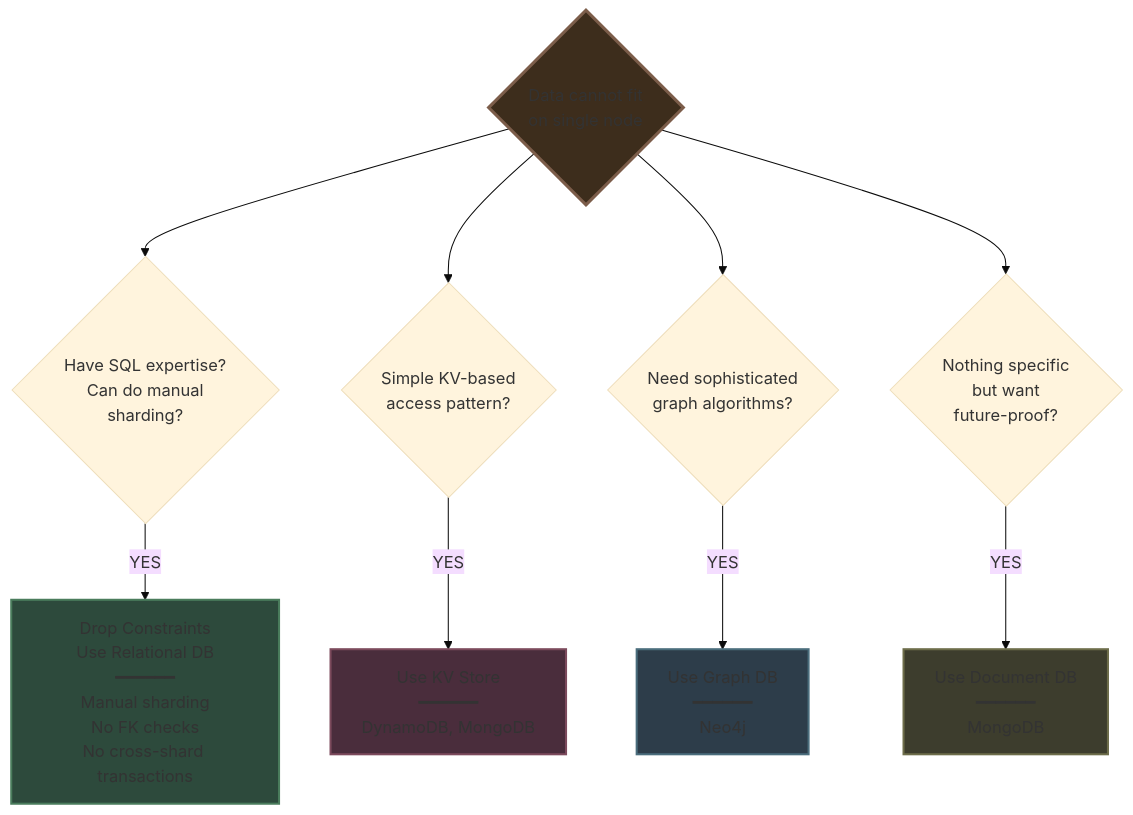
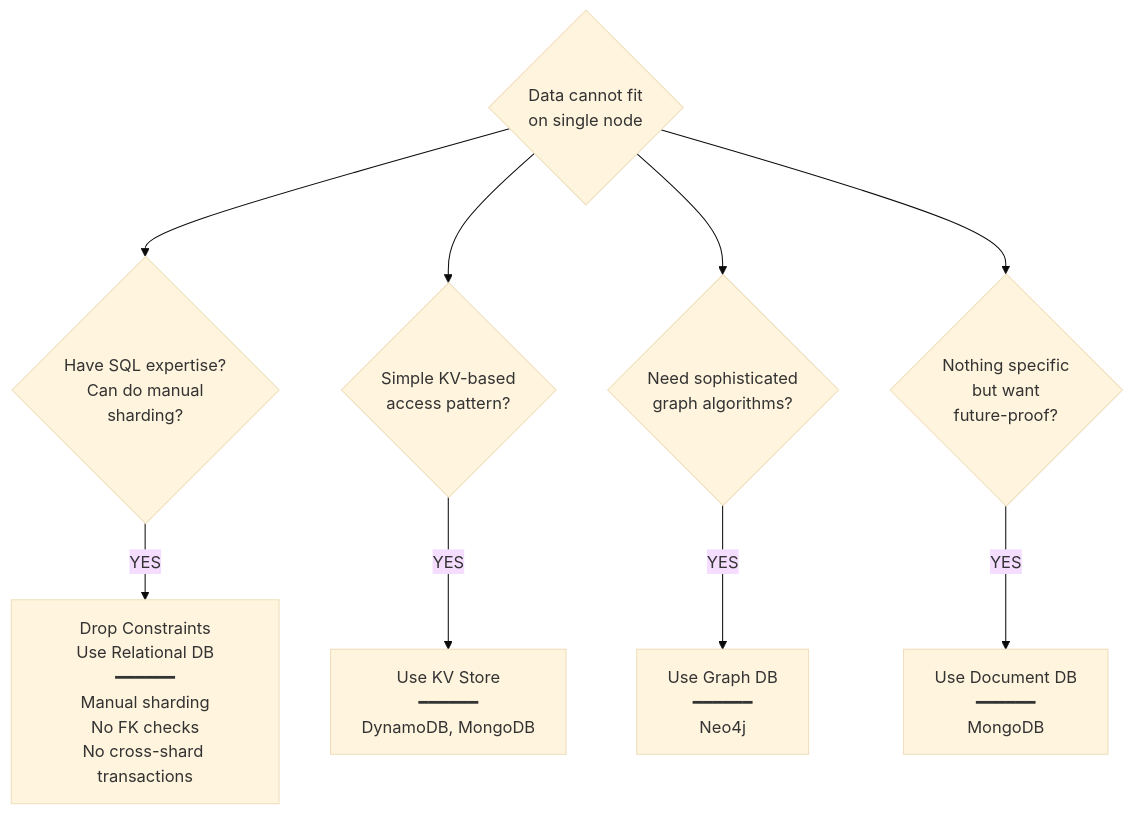
Diagram 17 of 21 in system design beginner/10. Picking the right database.md (Yash-Kavaiya/The-System-Design-Masterclass), drawn with Mermaid (base theme) before and after one commit. The commit also changed other lines of this file, not shown here.

````diff
--- a/system design beginner/10. Picking the right database.md
+++ b/system design beginner/10. Picking the right database.md
@@ -677,26 +621,21 @@
 ```mermaid
 graph TD
     START{Data cannot fit<br/>on single node}
     
     START --> Q1{Have SQL expertise?<br/>Can do manual<br/>sharding?}
     
     Q1 -->|YES| REL[Drop Constraints<br/>Use Relational DB<br/>━━━━━━<br/>Manual sharding<br/>No FK checks<br/>No cross-shard transactions]
     
     START --> Q2{Simple KV-based<br/>access pattern?}
     
     Q2 -->|YES| KV[Use KV Store<br/>━━━━━━<br/>DynamoDB, MongoDB]
     
     START --> Q3{Need sophisticated<br/>graph algorithms?}
     
     Q3 -->|YES| GRAPH[Use Graph DB<br/>━━━━━━<br/>Neo4j]
     
     START --> Q4{Nothing specific<br/>but want<br/>future-proof?}
     
     Q4 -->|YES| DOC[Use Document DB<br/>━━━━━━<br/>MongoDB]
     
-    style START fill:#3d2d1c,stroke:#7c5d4a,stroke-width:3px
-    style REL fill:#2d4a3c,stroke:#4a7c5c,stroke-width:2px
-    style KV fill:#4a2d3c,stroke:#7c4a5c,stroke-width:2px
-    style GRAPH fill:#2d3d4a,stroke:#4a6d7c,stroke-width:2px
-    style DOC fill:#3d3d2d,stroke:#6d6d4a,stroke-width:2px
 ```
````
